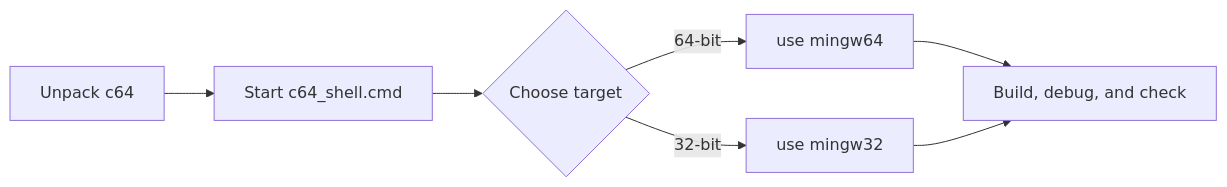
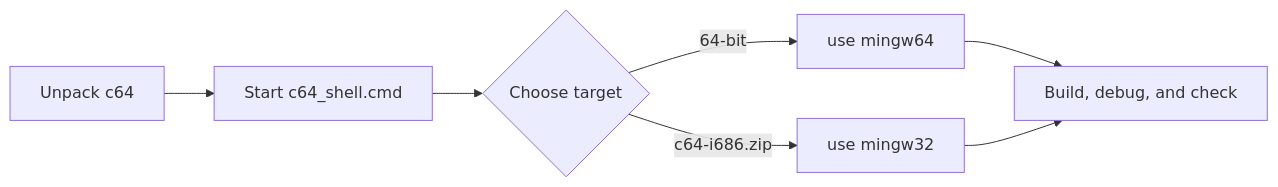
The diagram in README.md (jakitliang/c64), drawn with Mermaid before and after one commit. The commit also changed other lines of this file and 12 other files, not shown here.

````diff
--- a/README.md
+++ b/README.md
@@ -76,9 +81,9 @@
 ```mermaid
 flowchart LR
   A[Unpack c64] --> B[Start c64_shell.cmd]
   B --> C{Choose target}
   C -->|64-bit| D[use mingw64]
-  C -->|32-bit| E[use mingw32]
+  C -->|c64-i686.zip| E[use mingw32]
   D --> F[Build, debug, and check]
   E --> F
 ```
````
